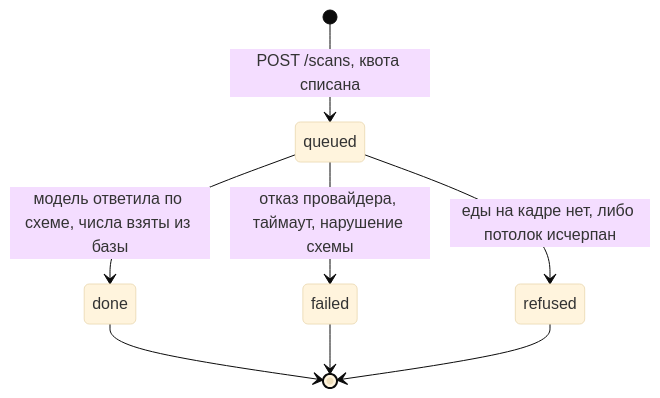
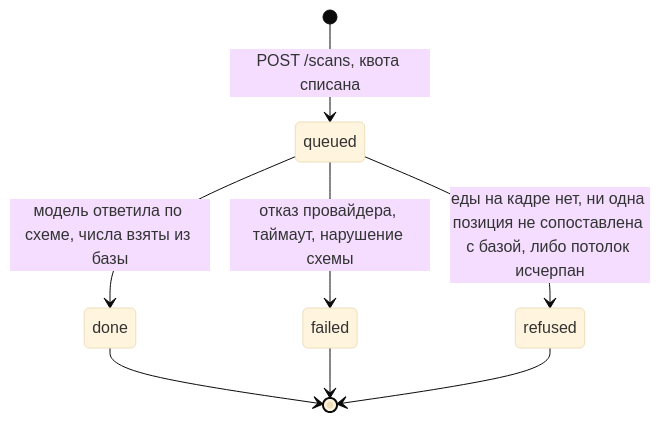
The first of 2 diagrams in projects/04-calorie-vision-cal-ai/docs/Pseudocode.md (djd1m/2026-AUG-PU-Projects), drawn with Mermaid (base theme) before and after one commit. The commit also changed other lines of this file and 12 other files, not shown here.

````diff
--- a/projects/04-calorie-vision-cal-ai/docs/Pseudocode.md
+++ b/projects/04-calorie-vision-cal-ai/docs/Pseudocode.md
@@ -359,10 +377,10 @@
 ```mermaid
 stateDiagram-v2
     [*] --> queued : POST /scans, квота списана
     queued --> done : модель ответила по схеме, числа взяты из базы
     queued --> failed : отказ провайдера, таймаут, нарушение схемы
-    queued --> refused : еды на кадре нет, либо потолок исчерпан
+    queued --> refused : еды на кадре нет, ни одна позиция не сопоставлена с базой, либо потолок исчерпан
     done --> [*]
     failed --> [*]
     refused --> [*]
 ```
````
